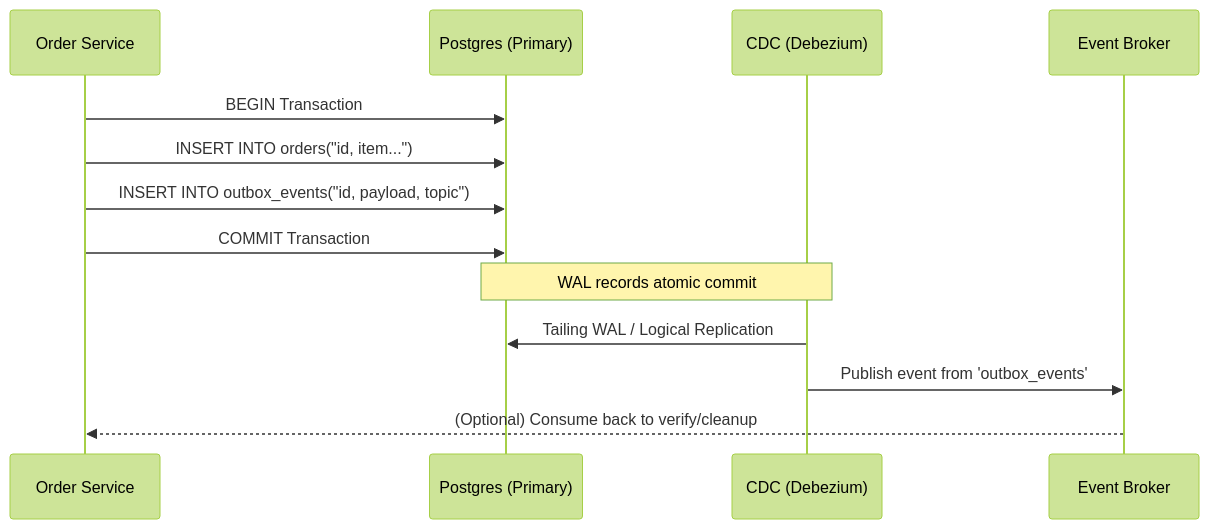
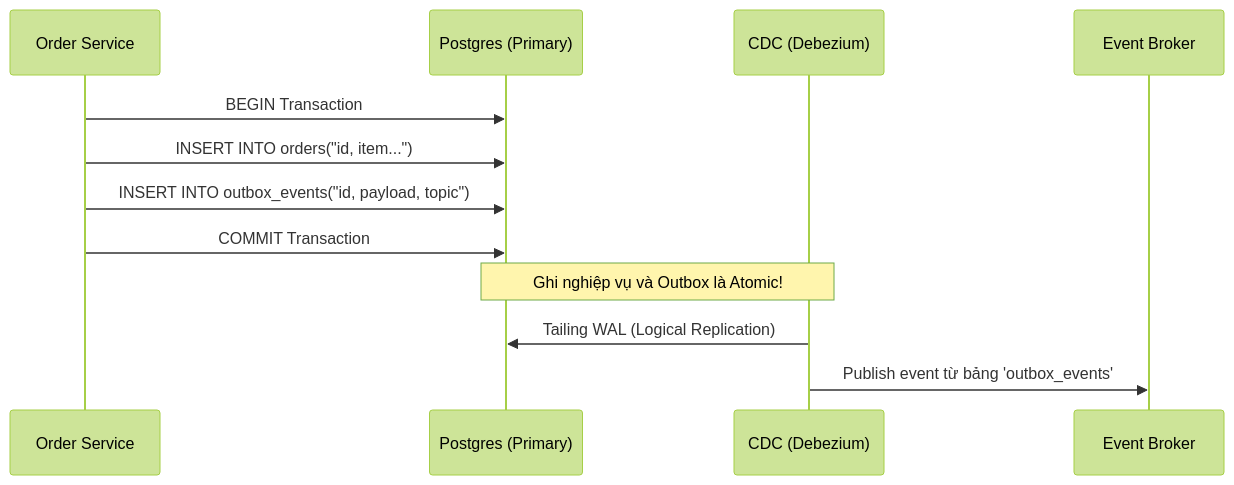
The second of 2 diagrams in src/content/docs/concepts/1-distributed-systems-architecture/source-systems.md (kythuatdulieu/kythuatdulieu.github.io), drawn with Mermaid (forest theme) before and after one commit. The commit also changed other lines of this file and 228 other files, not shown here.

Commit message:
Fix syntax and rewrite 200+ concepts docs to deep-dive system architecture and add GA4 tracking to quiz app

````diff
--- a/src/content/docs/concepts/1-distributed-systems-architecture/source-systems.md
+++ b/src/content/docs/concepts/1-distributed-systems-architecture/source-systems.md
@@ -73,16 +95,15 @@
 ```mermaid
 sequenceDiagram
     participant App as Order Service
     participant DB as Postgres (Primary)
     participant Debezium as CDC (Debezium)
     participant Kafka as Event Broker
     
     App->>DB: BEGIN Transaction
     App->>DB: INSERT INTO orders("id, item...")
     App->>DB: INSERT INTO outbox_events("id, payload, topic")
     App->>DB: COMMIT Transaction
-    Note over DB,Debezium: WAL records atomic commit
-    Debezium->>DB: Tailing WAL / Logical Replication
-    Debezium->>Kafka: Publish event from 'outbox_events'
-    Kafka-->>App: (Optional) Consume back to verify/cleanup
+    Note over DB,Debezium: Ghi nghiệp vụ và Outbox là Atomic!
+    Debezium->>DB: Tailing WAL (Logical Replication)
+    Debezium->>Kafka: Publish event từ bảng 'outbox_events'
 ```
````
